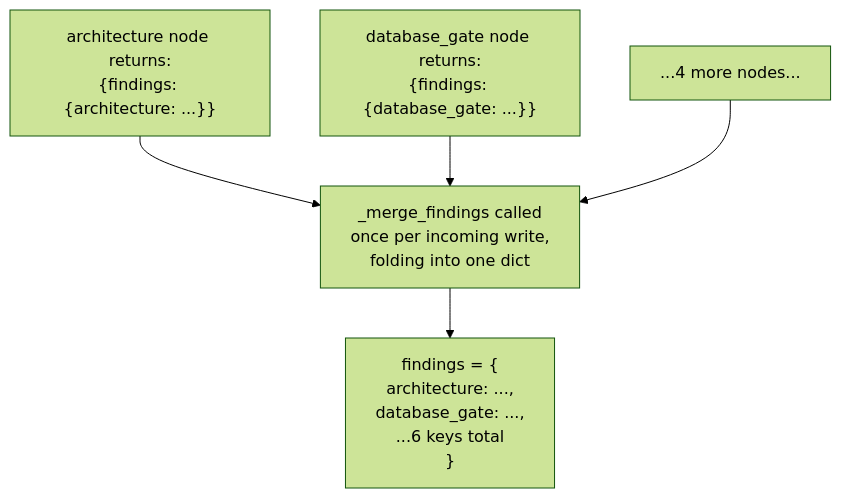
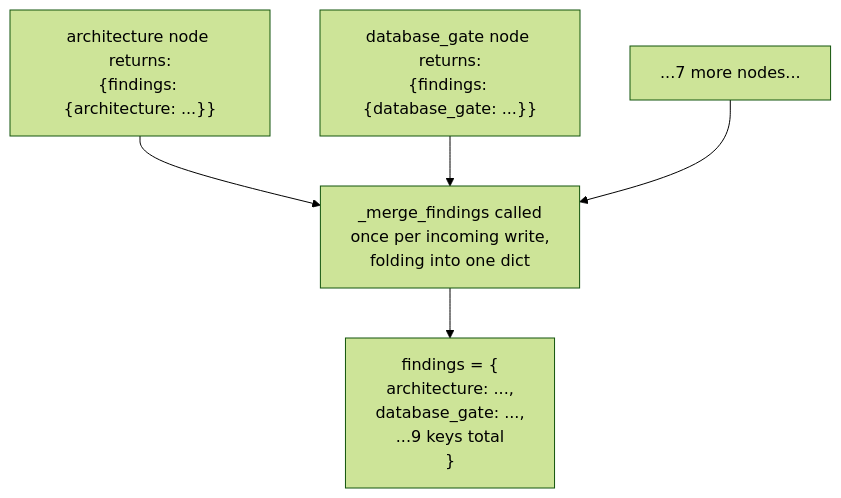
The third of 6 diagrams in docs/architecture/dev-harness-technical.md (surajkoditala/humaid-risk-governance), drawn with Mermaid (forest theme) before and after one commit. The commit also changed other lines of this file and 4 other files, not shown here.

````diff
--- a/docs/architecture/dev-harness-technical.md
+++ b/docs/architecture/dev-harness-technical.md
@@ -111,7 +105,7 @@
 ```mermaid
 flowchart TB
     N1["architecture node returns:<br/>{findings: {architecture: ...}}"] --> MERGE
     N2["database_gate node returns:<br/>{findings: {database_gate: ...}}"] --> MERGE
-    N3["...4 more nodes..."] --> MERGE
-    MERGE["_merge_findings called<br/>once per incoming write,<br/>folding into one dict"] --> RESULT["findings = {<br/>  architecture: ...,<br/>  database_gate: ...,<br/>  ...6 keys total<br/>}"]
+    N3["...7 more nodes..."] --> MERGE
+    MERGE["_merge_findings called<br/>once per incoming write,<br/>folding into one dict"] --> RESULT["findings = {<br/>  architecture: ...,<br/>  database_gate: ...,<br/>  ...9 keys total<br/>}"]
 ```
````
